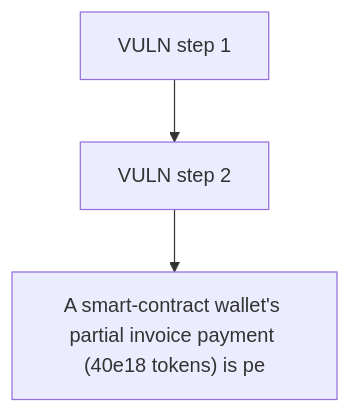
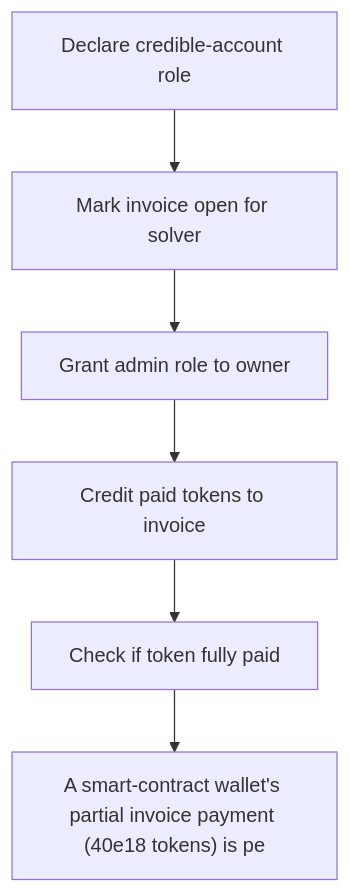
The diagram in 62849-h-02-paid-tokens-by-smart-contract-wallets-are-not-refunded_exp/62849-h-02-paid-tokens-by-smart-contract-wallets-are-not-refunded_exp.md (sanbir/evm-hack-registry), drawn with Mermaid before and after one commit. The commit also changed other lines of this file and 79 other files, not shown here.

````diff
--- a/62849-h-02-paid-tokens-by-smart-contract-wallets-are-not-refunded_exp/62849-h-02-paid-tokens-by-smart-contract-wallets-are-not-refunded_exp.md
+++ b/62849-h-02-paid-tokens-by-smart-contract-wallets-are-not-refunded_exp/62849-h-02-paid-tokens-by-smart-contract-wallets-are-not-refunded_exp.md
@@ -28,8 +28,14 @@
 ```mermaid
 flowchart TD
-  S0["VULN step 1"]
-  S1["VULN step 2"]
+  S0["Declare credible-account role"]
+  S1["Mark invoice open for solver"]
+  S2["Grant admin role to owner"]
+  S3["Credit paid tokens to invoice"]
+  S4["Check if token fully paid"]
   H["A smart-contract wallet's partial invoice payment (40e18 tokens) is pe"]
   S0 --> S1
-  S1 --> H
+  S1 --> S2
+  S2 --> S3
+  S3 --> S4
+  S4 --> H
 ```
````
